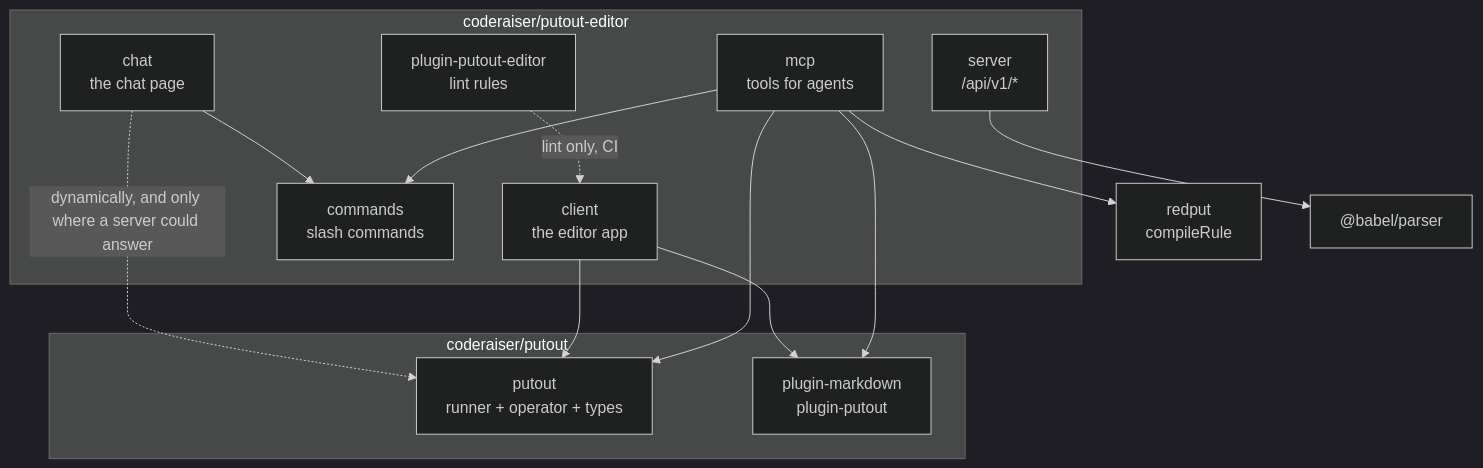
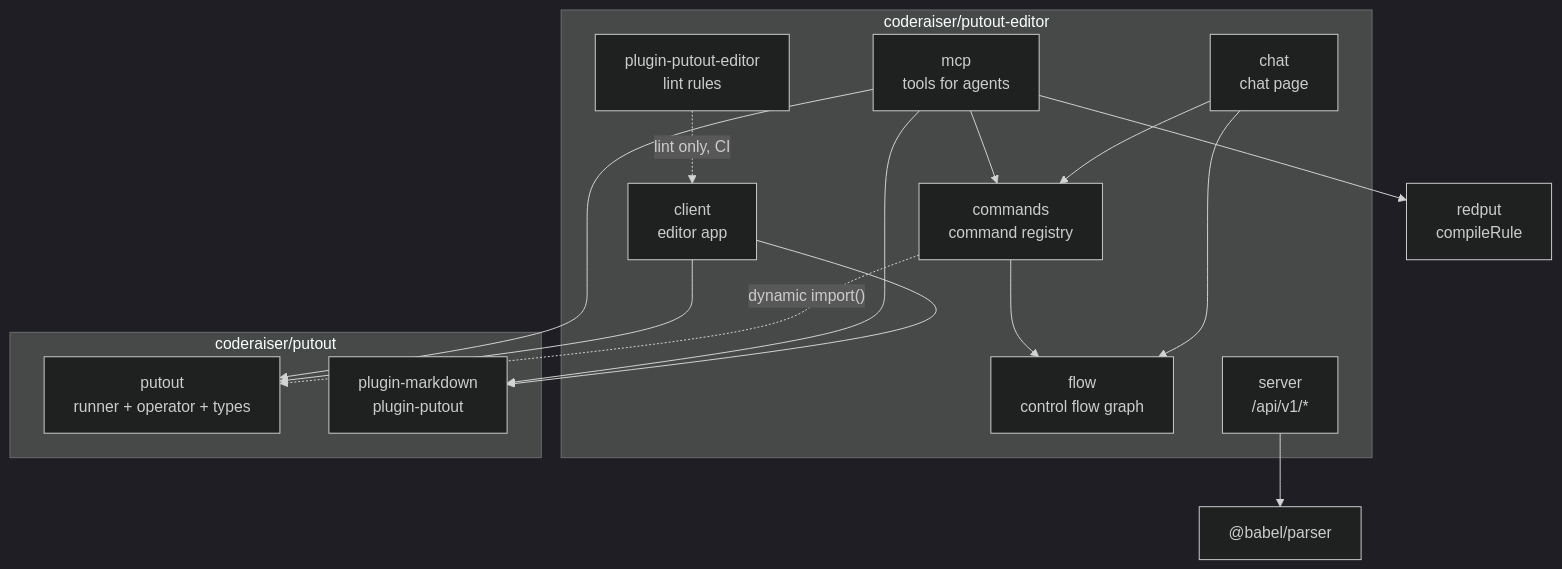
Before and after one commit to coderaiser/putout-editor: the first of 2 diagrams in docs/architecture.md, drawn with Mermaid (dark theme). The commit also changed other lines of this file and 149 other files, not shown here.

First line of the commit message:
feature: /flow: add (#4)

````diff
--- a/docs/architecture.md
+++ b/docs/architecture.md
@@ -23,30 +20,33 @@
 ```mermaid
 graph TD
     subgraph editorRepo["coderaiser/putout-editor"]
-        client["client<br/>the editor app"]
-        chat["chat<br/>the chat page"]
-        commands["commands<br/>slash commands"]
+        client["client<br/>editor app"]
+        chat["chat<br/>chat page"]
+        commands["commands<br/>command registry"]
+        flow["flow<br/>control flow graph"]
         server["server<br/>/api/v1/*"]
         mcp["mcp<br/>tools for agents"]
         plugin["plugin-putout-editor<br/>lint rules"]
     end
 
     subgraph upstream["coderaiser/putout"]
         putout["putout<br/>runner + operator + types"]
         putoutPlugin["plugin-markdown<br/>plugin-putout"]
     end
 
     redput["redput<br/>compileRule"]
     babel["@babel/parser"]
 
     chat --> commands
+    chat --> flow
+    commands --> flow
     mcp --> commands
-    chat -.->|"dynamically, and only where a server could answer"| putout
+    commands -.->|"dynamic import()"| putout
     client --> putout
     client --> putoutPlugin
     mcp --> putout
     mcp --> putoutPlugin
     mcp --> redput
     server --> babel
     plugin -.->|"lint only, CI"| client
 ```
````
